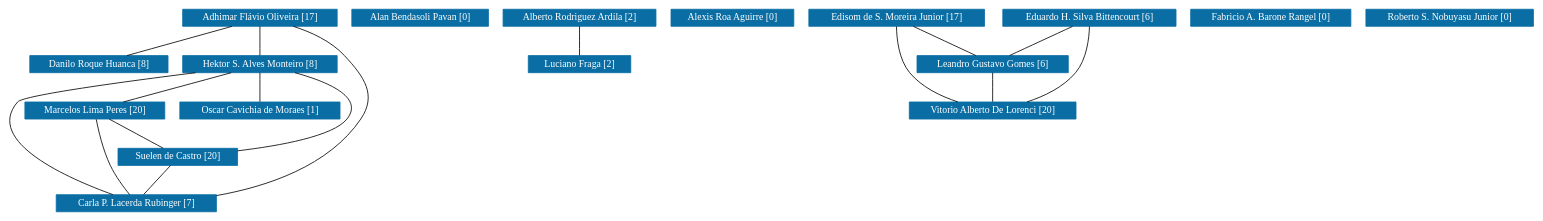
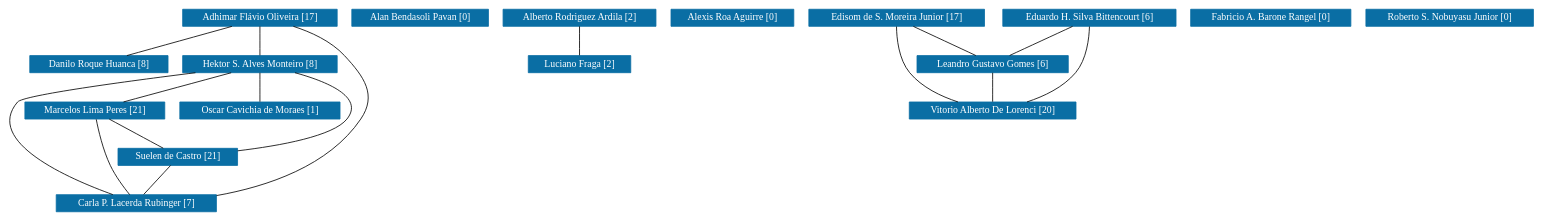
One commit to icamps/unifal-lattes.github.io changed the diagram in UNIFEI/grafoDeColaboracoesSemPesos.dot. Above: the diagram before and after it, drawn with Graphviz. The commit also changed 967 other files, not shown here.

```diff
--- a/UNIFEI/grafoDeColaboracoesSemPesos.dot
+++ b/UNIFEI/grafoDeColaboracoesSemPesos.dot
@@ -1,146 +1,146 @@
 strict graph grafo1 {
 	graph [bb="0,0,1590,249",
 		id=grafo1,
 		overlap=False
 	];
 	node [fontsize=12,
 		label="\N",
 		shape=rectangle,
 		style=filled
 	];
 	0	 [URL="membro-1031795555698099.html",
 		color="#0A6EA4",
 		fontcolor="#FFFFFF",
 		height=0.29167,
 		label="Adhimar Flávio Oliveira [17]",
 		pos="283.51,238.5",
 		width=2.1389];
 	4	 [URL="membro-8697679642900908.html",
 		color="#0A6EA4",
 		fontcolor="#FFFFFF",
 		height=0.29167,
 		label="Danilo Roque Huanca [8]",
 		pos="118.52,181.5",
 		width=1.9306];
 	0 -- 4	 [pos="252.86,227.91 223.23,217.67 178.58,202.25 149,192.03"];
 	8	 [URL="membro-2145668168587564.html",
 		color="#0A6EA4",
 		fontcolor="#FFFFFF",
 		height=0.29167,
 		label="Hektor S. Alves Monteiro [8]",
 		pos="283.51,181.5",
 		width=2.1528];
 	0 -- 8	 [pos="283.51,227.78 283.51,217.59 283.51,202.35 283.51,192.17"];
 	15	 [URL="membro-5158730912554506.html",
 		color="#0A6EA4",
 		fontcolor="#FFFFFF",
 		height=0.29167,
 		label="Carla P. Lacerda Rubinger [7]",
 		pos="160.51,10.5",
 		width=2.1944];
 	0 -- 15	 [pos="315.61,227.9 333.71,220.45 355.43,208.77 369.51,192 392.46,164.67 407.38,144.29 388.51,114 354.5,59.389 283.61,33.329 229.85,21.061"];
 	8 -- 15	 [pos="205.83,171.82 137.88,162.56 48.365,148.09 37.515,135 0,89.731 89.47,41.766 135.39,21.044"];
 	11	 [URL="membro-0335350966509134.html",
 		color="#0A6EA4",
 		fontcolor="#FFFFFF",
 		height=0.29167,
-		label="Marcelos Lima Peres [20]",
+		label="Marcelos Lima Peres [21]",
 		pos="116.51,124.5",
 		width=1.9306];
 	8 -- 11	 [pos="252.49,170.91 222.5,160.67 177.31,145.25 147.37,135.03"];
 	12	 [URL="membro-0422047938601624.html",
 		color="#0A6EA4",
 		fontcolor="#FFFFFF",
 		height=0.29167,
 		label="Oscar Cavichia de Moraes [1]",
 		pos="283.51,124.5",
 		width=2.1944];
 	8 -- 12	 [pos="283.51,170.78 283.51,160.59 283.51,145.35 283.51,135.17"];
 	13	 [URL="membro-9126744461400749.html",
 		color="#0A6EA4",
 		fontcolor="#FFFFFF",
 		height=0.29167,
-		label="Suelen de Castro [20]",
+		label="Suelen de Castro [21]",
 		pos="204.51,67.5",
 		width=1.6528];
 	8 -- 13	 [pos="318.03,170.93 350.13,159.27 390.38,138.84 371.51,114 358.31,96.625 306.49,84.014 264.03,76.346"];
 	11 -- 15	 [pos="118.78,113.74 121.79,100.21 127.67,76.416 135.51,57 140.66,44.252 148.36,30.478 153.85,21.258"];
 	11 -- 13	 [pos="133.06,113.78 148.8,103.59 172.33,88.348 188.03,78.173"];
 	13 -- 15	 [pos="196.24,56.779 188.37,46.588 176.61,31.348 168.75,21.173"];
 	1	 [URL="membro-8154959660506192.html",
 		color="#0A6EA4",
 		fontcolor="#FFFFFF",
 		height=0.29167,
 		label="Alan Bendasoli Pavan [0]",
 		pos="448.51,238.5",
 		width=1.9306];
 	2	 [URL="membro-7982796939759440.html",
 		color="#0A6EA4",
 		fontcolor="#FFFFFF",
 		height=0.29167,
 		label="Alberto Rodriguez Ardila [2]",
 		pos="613.51,238.5",
 		width=2.1528];
 	10	 [URL="membro-6549869827105994.html",
 		color="#0A6EA4",
 		fontcolor="#FFFFFF",
 		height=0.29167,
 		label="Luciano Fraga [2]",
 		pos="613.51,181.5",
 		width=1.4167];
 	2 -- 10	 [pos="613.51,227.78 613.51,217.59 613.51,202.35 613.51,192.17"];
 	3	 [URL="membro-3842382209626823.html",
 		color="#0A6EA4",
 		fontcolor="#FFFFFF",
 		height=0.29167,
 		label="Alexis Roa Aguirre [0]",
 		pos="771.51,238.5",
 		width=1.7361];
 	5	 [URL="membro-7966592529955054.html",
 		color="#0A6EA4",
 		fontcolor="#FFFFFF",
 		height=0.29167,
 		label="Edisom de S. Moreira Junior [17]",
 		pos="939.51,238.5",
 		width=2.4306];
 	9	 [URL="membro-4666057965864411.html",
 		color="#0A6EA4",
 		fontcolor="#FFFFFF",
 		height=0.29167,
 		label="Leandro Gustavo Gomes [6]",
 		pos="1039.5,181.5",
 		width=2.1111];
 	5 -- 9	 [pos="958.32,227.78 976.2,217.59 1002.9,202.35 1020.8,192.17"];
 	14	 [URL="membro-1361400129993392.html",
 		color="#0A6EA4",
 		fontcolor="#FFFFFF",
 		height=0.29167,
 		label="Vitorio Alberto De Lorenci [20]",
 		pos="1039.5,124.5",
 		width=2.3611];
 	5 -- 14	 [pos="939.27,227.79 939.49,213.46 941.82,187.89 954.51,171 967.35,153.92 988.37,142.34 1006.3,135.01"];
 	9 -- 14	 [pos="1039.5,170.78 1039.5,160.59 1039.5,145.35 1039.5,135.17"];
 	6	 [URL="membro-9213789315416977.html",
 		color="#0A6EA4",
 		fontcolor="#FFFFFF",
 		height=0.29167,
 		label="Eduardo H. Silva Bittencourt [6]",
 		pos="1139.5,238.5",
 		width=2.3889];
 	6 -- 9	 [pos="1120.7,227.78 1102.8,217.59 1076.1,202.35 1058.2,192.17"];
 	6 -- 14	 [pos="1139.7,227.79 1139.5,213.46 1137.2,187.89 1124.5,171 1111.7,153.92 1090.6,142.34 1072.7,135.01"];
 	7	 [URL="membro-2436691587435689.html",
 		color="#0A6EA4",
 		fontcolor="#FFFFFF",
 		height=0.29167,
 		label="Fabricio A. Barone Rangel [0]",
 		pos="1324.5,238.5",
 		width=2.2361];
 	16	 [URL="membro-6458988217441388.html",
 		color="#0A6EA4",
 		fontcolor="#FFFFFF",
 		height=0.29167,
 		label="Roberto S. Nobuyasu Junior [0]",
 		pos="1506.5,238.5",
 		width=2.3194];
 }
```
